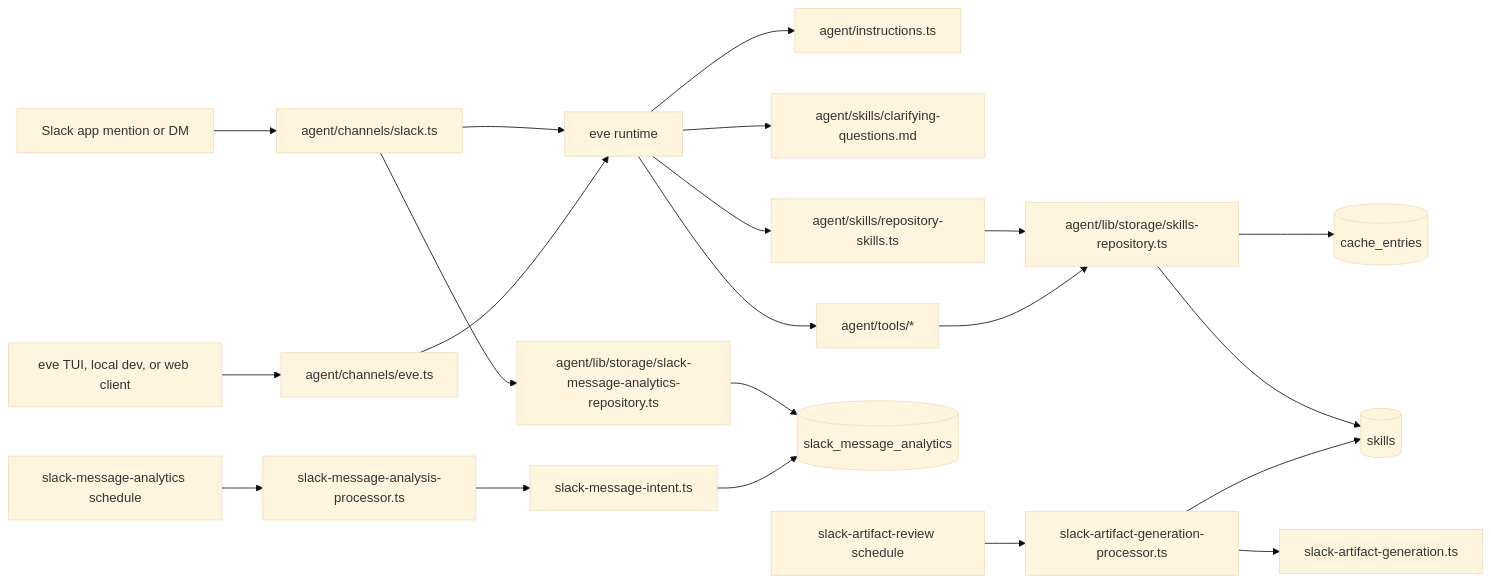
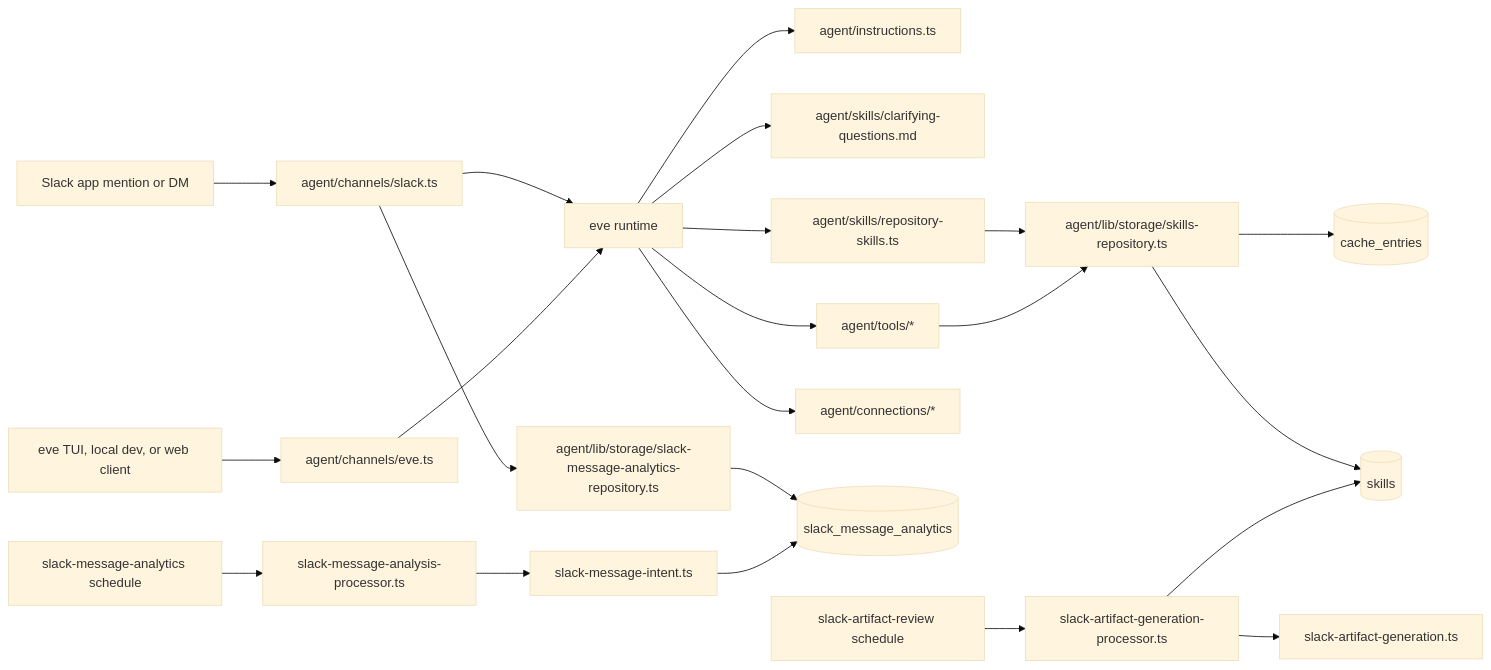
The first of 5 diagrams in README.md (GorobVictor/slack-ai-agent-eve), drawn with Mermaid (base theme) before and after one commit. The commit also changed other lines of this file and 1 other file, not shown here.

````diff
--- a/README.md
+++ b/README.md
@@ -67,29 +67,30 @@
 ```mermaid
 flowchart LR
   Slack[Slack app mention or DM] --> SlackChannel[agent/channels/slack.ts]
   EveClient[eve TUI, local dev, or web client] --> EveChannel[agent/channels/eve.ts]
 
   SlackChannel --> EveRuntime[eve runtime]
   EveChannel --> EveRuntime
 
   EveRuntime --> Instructions[agent/instructions.ts]
   EveRuntime --> StaticSkill[agent/skills/clarifying-questions.md]
   EveRuntime --> DynamicSkills[agent/skills/repository-skills.ts]
   EveRuntime --> Tools[agent/tools/*]
+  EveRuntime --> Connections[agent/connections/*]
 
   DynamicSkills --> SkillsRepo[agent/lib/storage/skills-repository.ts]
   Tools --> SkillsRepo
   SkillsRepo --> Cache[(cache_entries)]
   SkillsRepo --> Skills[(skills)]
 
   SlackChannel --> AnalyticsRepo[agent/lib/storage/slack-message-analytics-repository.ts]
   AnalyticsRepo --> SlackAnalytics[(slack_message_analytics)]
 
   ScheduleA[slack-message-analytics schedule] --> AnalyticsProcessor[slack-message-analysis-processor.ts]
   AnalyticsProcessor --> IntentModel[slack-message-intent.ts]
   IntentModel --> SlackAnalytics
 
   ScheduleB[slack-artifact-review schedule] --> ArtifactProcessor[slack-artifact-generation-processor.ts]
   ArtifactProcessor --> ArtifactModel[slack-artifact-generation.ts]
   ArtifactProcessor --> Skills
 ```
````
